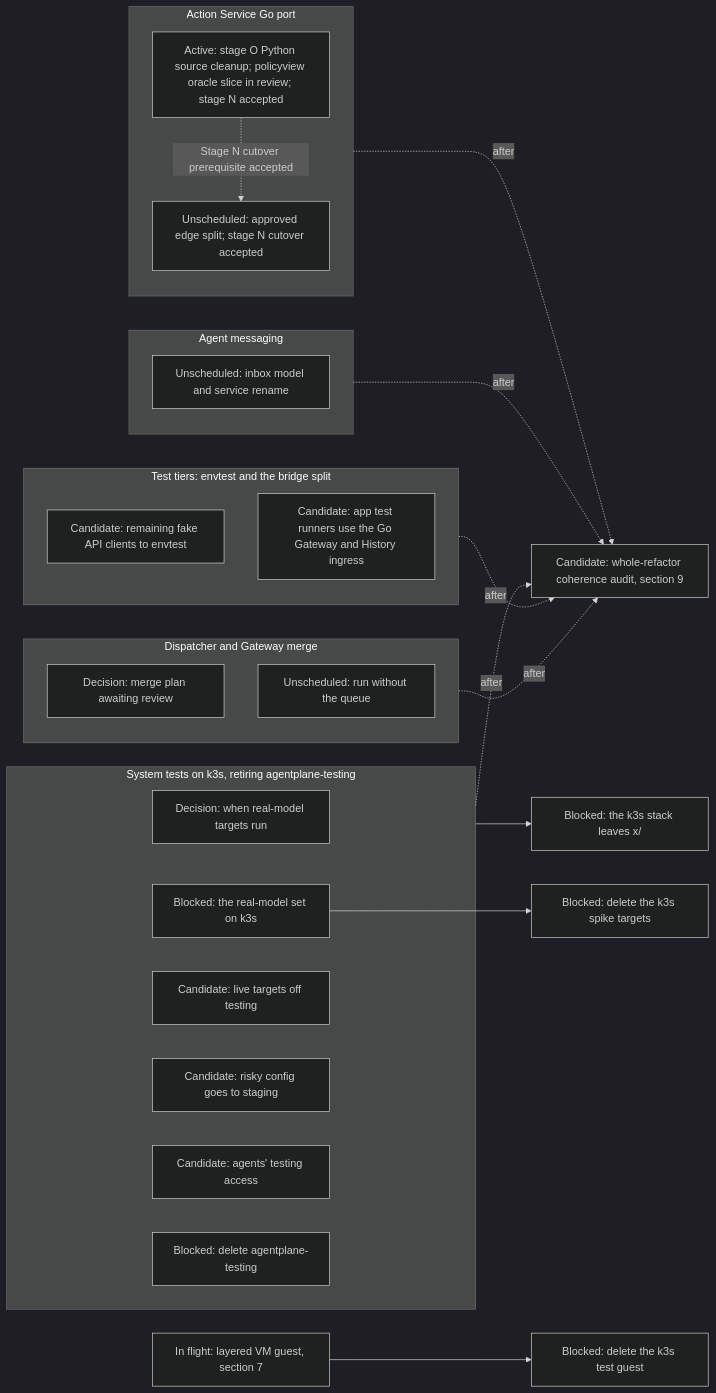
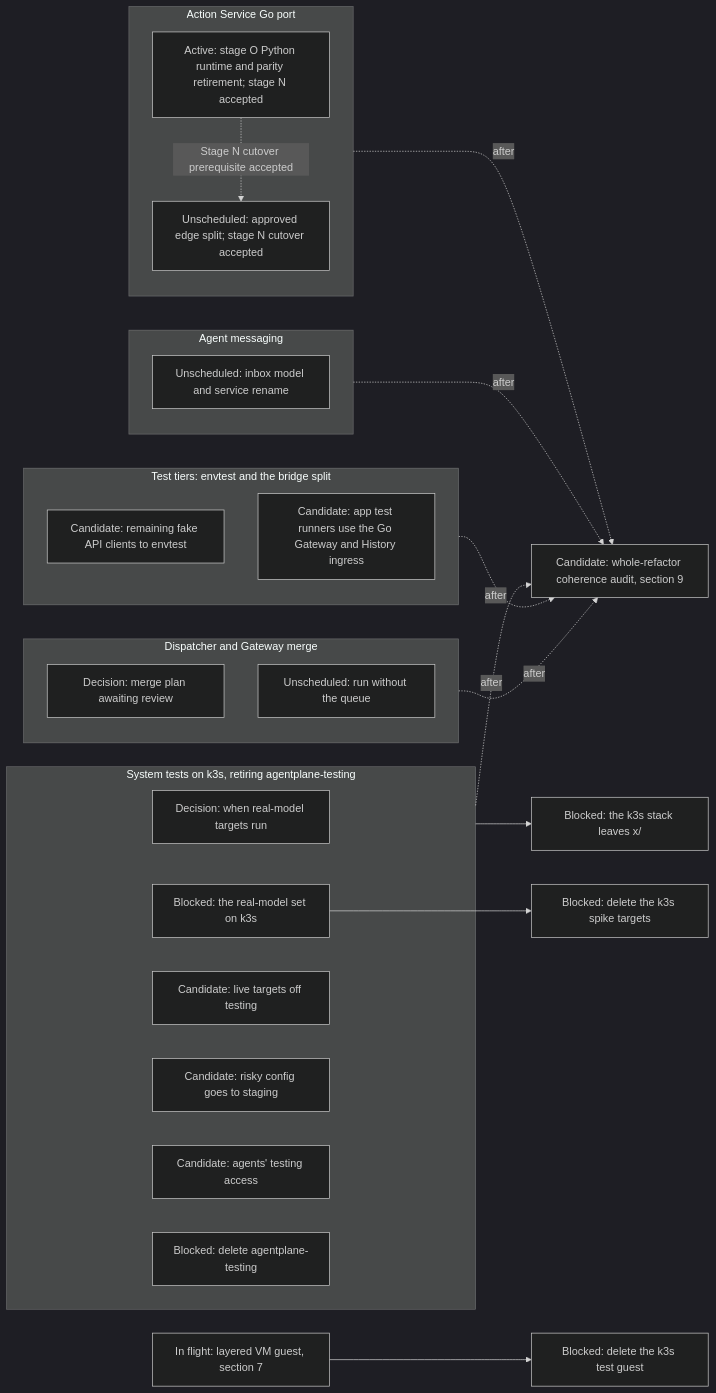
One commit to agentydragon-agent/ducktape changed the first of 19 diagrams in agentplane/plans/task_dag.md. Above: the diagram before and after it, drawn with Mermaid (dark theme). The commit also changed other lines of this file and 13 other files, not shown here.

Commit message:
Retire Python Action Service entrypoint

````diff
--- a/agentplane/plans/task_dag.md
+++ b/agentplane/plans/task_dag.md
@@ -29,35 +29,35 @@
 ```mermaid
 flowchart LR
     subgraph ACTION_TRACK[Action Service Go port]
-        ACTION_SERVICE_GO_PORT[Active: stage O Python source cleanup; policyview oracle slice in review; stage N accepted]
+        ACTION_SERVICE_GO_PORT[Active: stage O Python runtime and parity retirement; stage N accepted]
         ACTION_MCP_EDGE_SPLIT[Unscheduled: approved edge split; stage N cutover accepted]
     end
     subgraph MESSAGING_TRACK[Agent messaging]
         NOTIFICATION_SERVICE_SPLIT[Unscheduled: inbox model and service rename]
     end
     subgraph K3S_TRACK[System tests on k3s, retiring agentplane-testing]
         K3S_MODEL_CREDENTIALS[Decision: when real-model targets run]
         K3S_MODEL_SCENARIOS[Blocked: the real-model set on k3s]
         LIVE_TARGETS_OFF_TESTING[Candidate: live targets off testing]
         STAGING_FIRST_ROLLOUT[Candidate: risky config goes to staging]
         AGENT_TESTING_ACCESS_RETIRE[Candidate: agents' testing access]
         TESTING_ENVIRONMENT_RETIRE[Blocked: delete agentplane-testing]
     end
     subgraph TIER_TRACK[Test tiers: envtest and the bridge split]
         FAKE_CLIENTS_TO_ENVTEST[Candidate: remaining fake API clients to envtest]
         APP_TEST_RUNNER_FIXTURES_GO[Candidate: app test runners use the Go Gateway and History ingress]
     end
     subgraph DISPATCH_TRACK[Dispatcher and Gateway merge]
         DISPATCHER_PERSISTENCE_MODEL_DESIGN[Decision: merge plan awaiting review]
         DISPATCHER_QUEUE_OPTIONAL[Unscheduled: run without the queue]
     end
     ACTION_SERVICE_GO_PORT -. Stage N cutover prerequisite accepted .-> ACTION_MCP_EDGE_SPLIT
     K3S_TRACK --> K3S_ENV_OUT_OF_X[Blocked: the k3s stack leaves x/]
     K3S_MODEL_SCENARIOS --> K3S_SPIKE_TARGETS_RETIRE[Blocked: delete the k3s spike targets]
     RUNNER_LAYERING_VM[In flight: layered VM guest, section 7] --> K3S_TEST_GUEST_RETIRE[Blocked: delete the k3s test guest]
     ACTION_TRACK -. after .-> REFACTOR_COHERENCE_AUDIT[Candidate: whole-refactor coherence audit, section 9]
     MESSAGING_TRACK -. after .-> REFACTOR_COHERENCE_AUDIT
     K3S_TRACK -. after .-> REFACTOR_COHERENCE_AUDIT
     TIER_TRACK -. after .-> REFACTOR_COHERENCE_AUDIT
     DISPATCH_TRACK -. after .-> REFACTOR_COHERENCE_AUDIT
 ```
````
